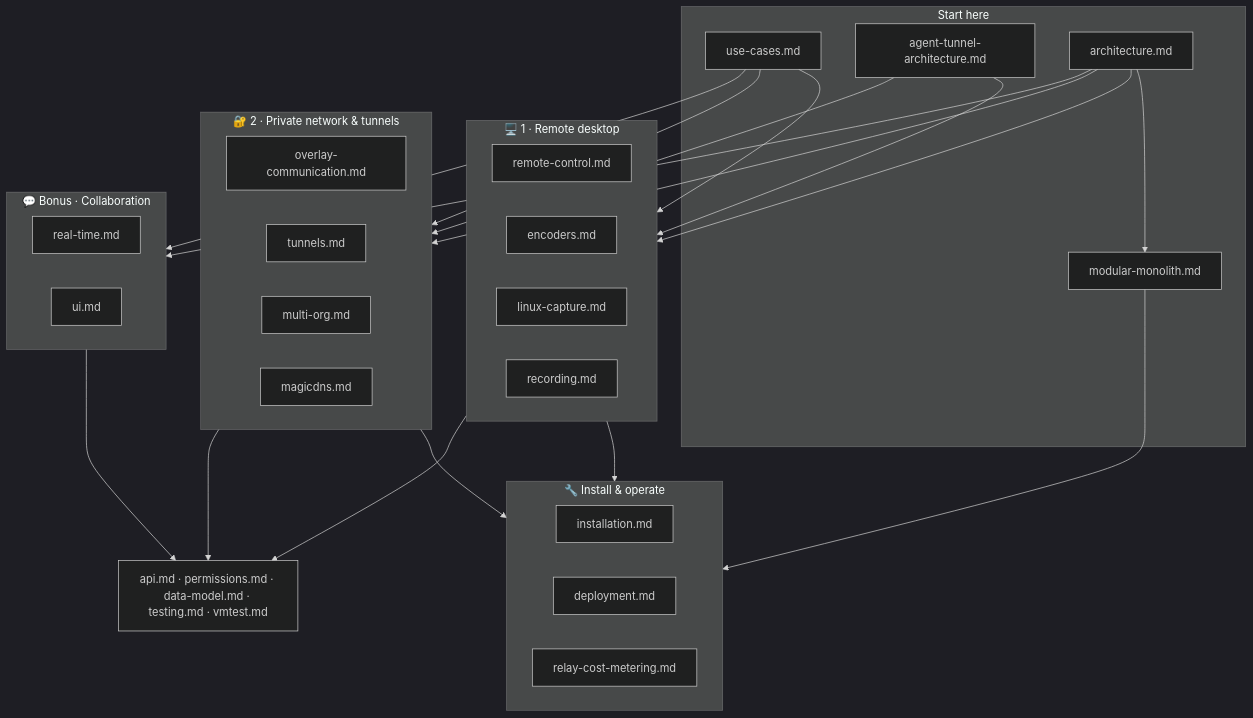
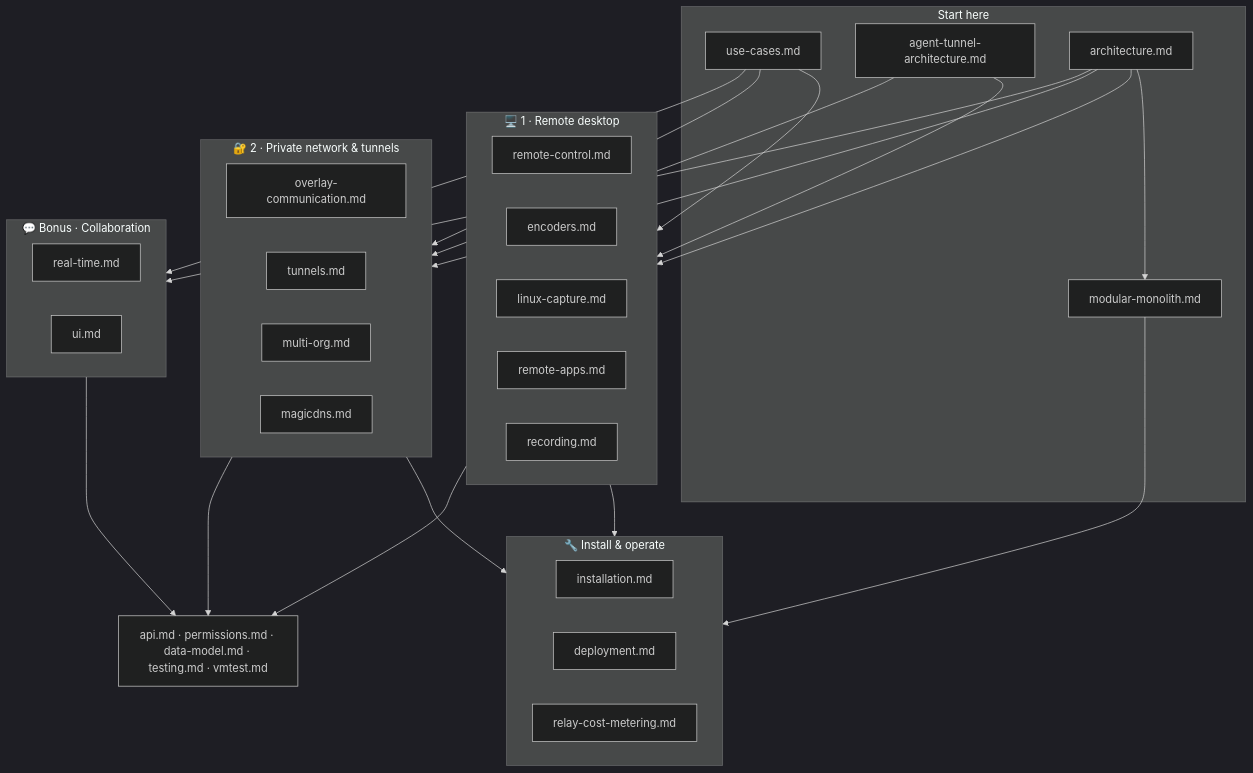
The diagram in docs/README.md (gjovanov/roomler-ai), drawn with Mermaid (dark theme) before and after one commit. The commit also changed other lines of this file and 14 other files, not shown here.

````diff
--- a/docs/README.md
+++ b/docs/README.md
@@ -24,44 +24,45 @@
 ```mermaid
 flowchart TB
     subgraph entry["Start here"]
         UC["use-cases.md"]
         ATA["agent-tunnel-architecture.md"]
         ARCH["architecture.md"]
         MM["modular-monolith.md"]
     end
 
     subgraph rd["🖥️ 1 · Remote desktop"]
         RC["remote-control.md"]
         ENC["encoders.md"]
         LCAP["linux-capture.md"]
+        RAPP["remote-apps.md"]
         REC["recording.md"]
     end
 
     subgraph net["🔐 2 · Private network & tunnels"]
         OC["overlay-communication.md"]
         TUN["tunnels.md"]
         MO["multi-org.md"]
         MDNS["magicdns.md"]
     end
 
     subgraph collab["💬 Bonus · Collaboration"]
         RT["real-time.md"]
         UIX["ui.md"]
     end
 
     subgraph ops["🔧 Install & operate"]
         INST["installation.md"]
         DEP["deployment.md"]
         RCM["relay-cost-metering.md"]
     end
 
     REF["api.md · permissions.md · data-model.md · testing.md · vmtest.md"]
 
     UC --> rd & net & collab
     ATA --> rd & net
     ARCH --> rd & net & collab
     ARCH --> MM
     MM --> ops
     rd & net --> ops
     rd & net & collab --> REF
 ```
````
